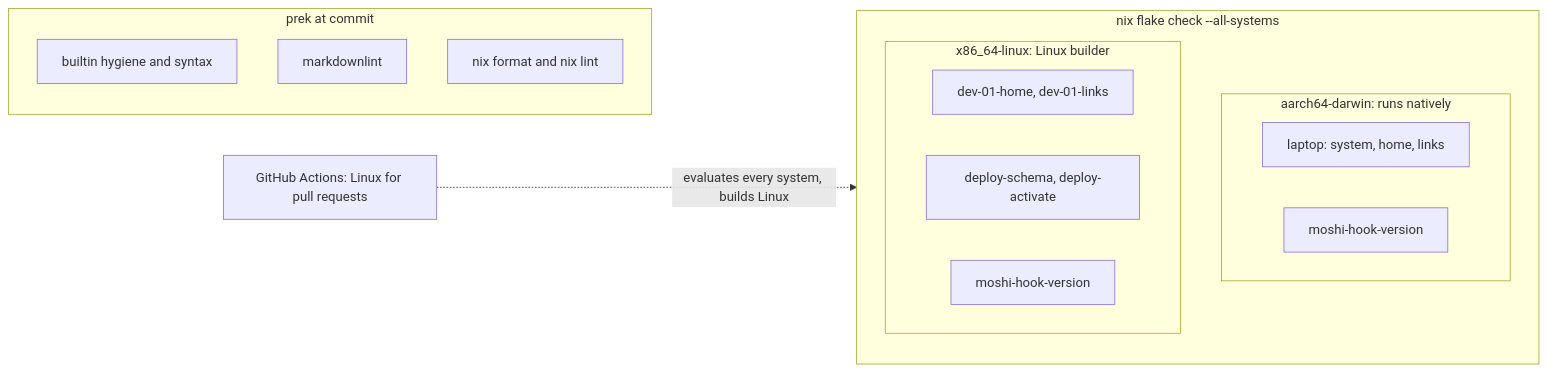
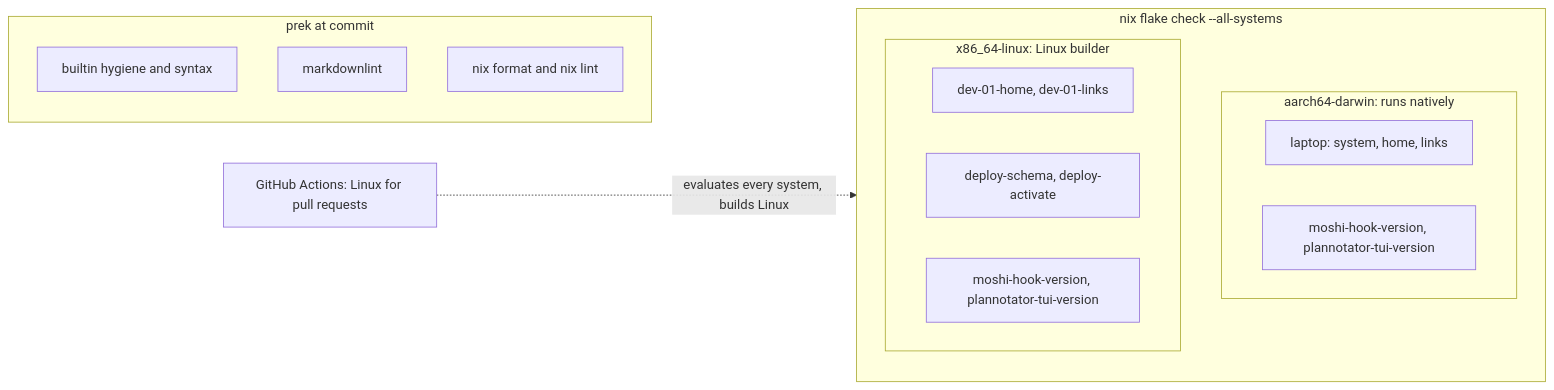
The third of 3 diagrams in README.md (mich-murphy/nix-config), drawn with Mermaid before and after one commit. The commit also changed other lines of this file and 5 other files, not shown here.

Commit message:
feat: build plannotator-tui 0.10.0 from source (#122)

````diff
--- a/README.md
+++ b/README.md
@@ -243,20 +243,20 @@
 ```mermaid
 flowchart LR
   subgraph PK["prek at commit"]
     H1["builtin hygiene and syntax"]
     H2["markdownlint"]
     H3["nix format and nix lint"]
   end
   subgraph FC["nix flake check --all-systems"]
     subgraph MAC["aarch64-darwin: runs natively"]
       M2["laptop: system, home, links"]
-      M3["moshi-hook-version"]
+      M3["moshi-hook-version, plannotator-tui-version"]
     end
     subgraph LIN["x86_64-linux: Linux builder"]
       L1["dev-01-home, dev-01-links"]
       L2["deploy-schema, deploy-activate"]
-      L3["moshi-hook-version"]
+      L3["moshi-hook-version, plannotator-tui-version"]
     end
   end
   CI["GitHub Actions: Linux for pull requests"] -.->|"evaluates every system, builds Linux"| FC
 ```
````
